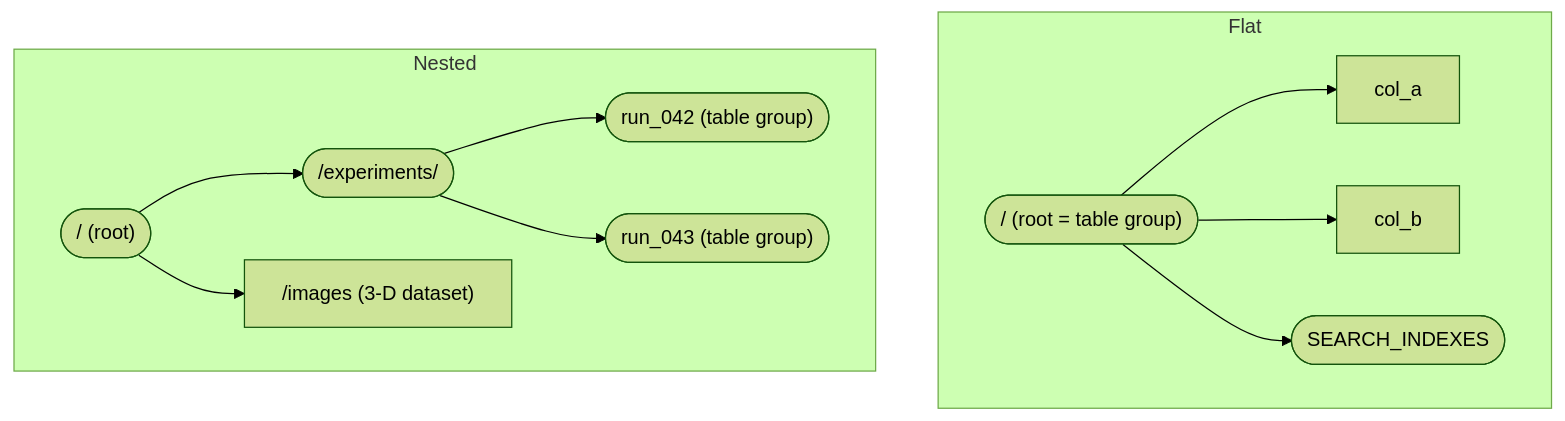
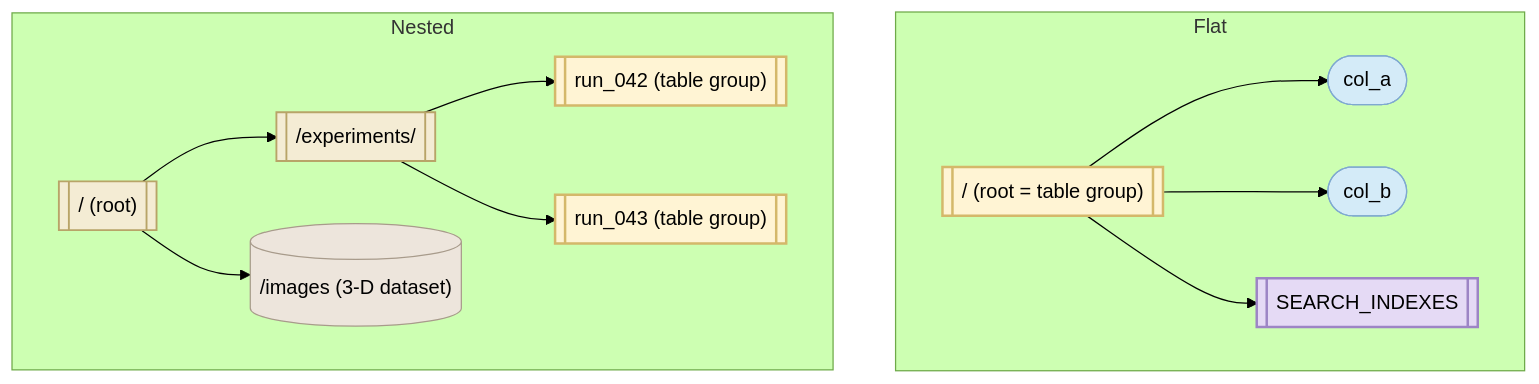
The third of 8 diagrams in HEP001/index.md (HDFAlliance/heps), drawn with Mermaid (forest theme) before and after one commit. The commit also changed other lines of this file, not shown here.

Commit message:
Improve Mermaid diagrams

````diff
--- a/HEP001/index.md
+++ b/HEP001/index.md
@@ -373,16 +396,28 @@
 ```{mermaid}
 graph TD
   subgraph Flat
-    R1(["/ (root = table group)"])
-    R1 --> c1a["col_a"]
-    R1 --> c1b["col_b"]
-    R1 --> SI1(["SEARCH_INDEXES"])
+    R1[["/ (root = table group)"]]
+    R1 --> c1a(["col_a"])
+    R1 --> c1b(["col_b"])
+    R1 --> SI1[["SEARCH_INDEXES"]]
   end
   subgraph Nested
-    R2(["/ (root)"])
-    R2 --> G1(["/experiments/"])
-    G1 --> T1(["run_042 (table group)"])
-    G1 --> T2(["run_043 (table group)"])
-    R2 --> IMG["/images (3-D dataset)"]
+    R2[["/ (root)"]]
+    R2 --> G1[["/experiments/"]]
+    G1 --> T1[["run_042 (table group)"]]
+    G1 --> T2[["run_043 (table group)"]]
+    R2 --> IMG[("/images (3-D dataset)")]
   end
+
+  classDef rootGroup  fill:#F4ECD4,stroke:#B8A468,stroke-width:1.5px,color:#000
+  classDef tableGroup fill:#FFF4D4,stroke:#D4B86A,stroke-width:2px,color:#000
+  classDef siGroup    fill:#E5DAF5,stroke:#9D85C5,stroke-width:2px,color:#000
+  classDef dataCol    fill:#D4EBF8,stroke:#7FA9D0,stroke-width:1px,color:#000
+  classDef otherData  fill:#EDE5DC,stroke:#A89B8B,stroke-width:1px,color:#000
+
+  class R1,T1,T2 tableGroup
+  class R2,G1 rootGroup
+  class SI1 siGroup
+  class c1a,c1b dataCol
+  class IMG otherData
 ```
````
